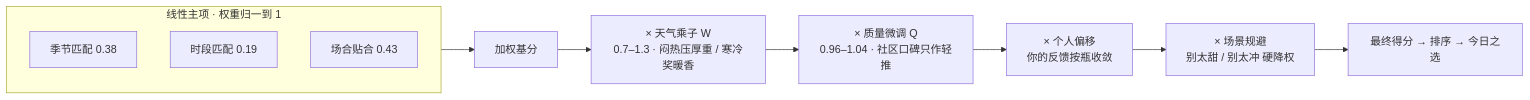
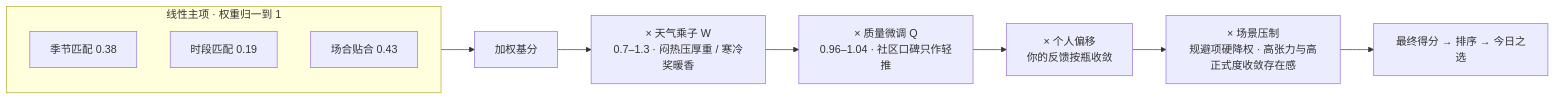
Before and after one commit to MrBaoboer/FenCun: the third of 3 diagrams in docs/氛寸-产品方案.md, drawn with Mermaid. The commit also changed other lines of this file and 74 other files, not shown here.

````diff
--- a/docs/氛寸-产品方案.md
+++ b/docs/氛寸-产品方案.md
@@ -185,14 +185,14 @@
 ```mermaid
 flowchart LR
     subgraph Linear["线性主项 · 权重归一到 1"]
         SE["季节匹配 0.38"]
         DP["时段匹配 0.19"]
         OC["场合贴合 0.43"]
     end
     Linear --> BASE["加权基分"]
     BASE --> M1["× 天气乘子 W<br/>0.7–1.3 · 闷热压厚重 / 寒冷奖暖香"]
     M1 --> M2["× 质量微调 Q<br/>0.96–1.04 · 社区口碑只作轻推"]
     M2 --> M3["× 个人偏移<br/>你的反馈按瓶收敛"]
-    M3 --> M4["× 场景规避<br/>别太甜 / 别太冲 硬降权"]
+    M3 --> M4["× 场景压制<br/>规避项硬降权 · 高张力与高正式度收敛存在感"]
     M4 --> SCORE["最终得分 → 排序 → 今日之选"]
 ```
````
